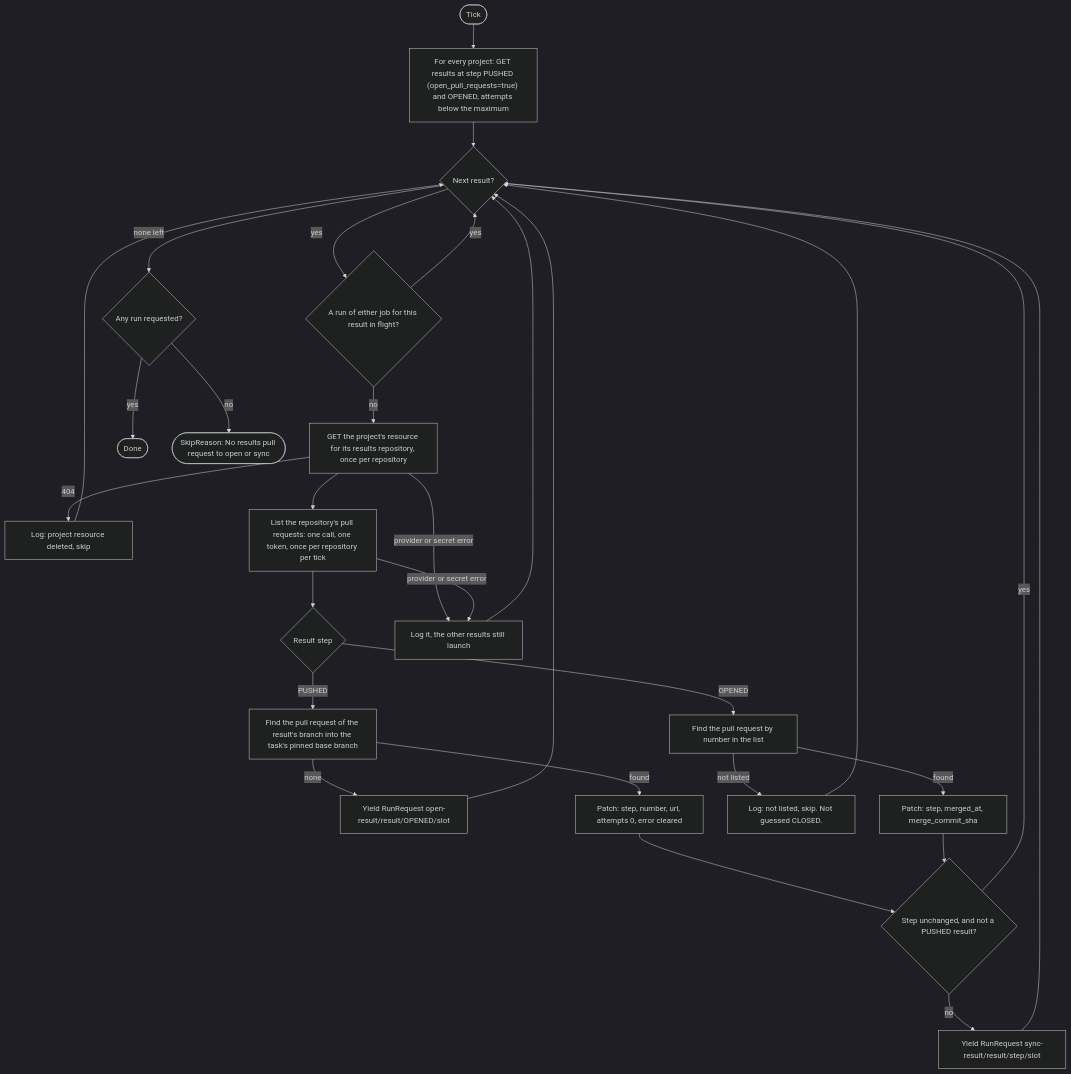
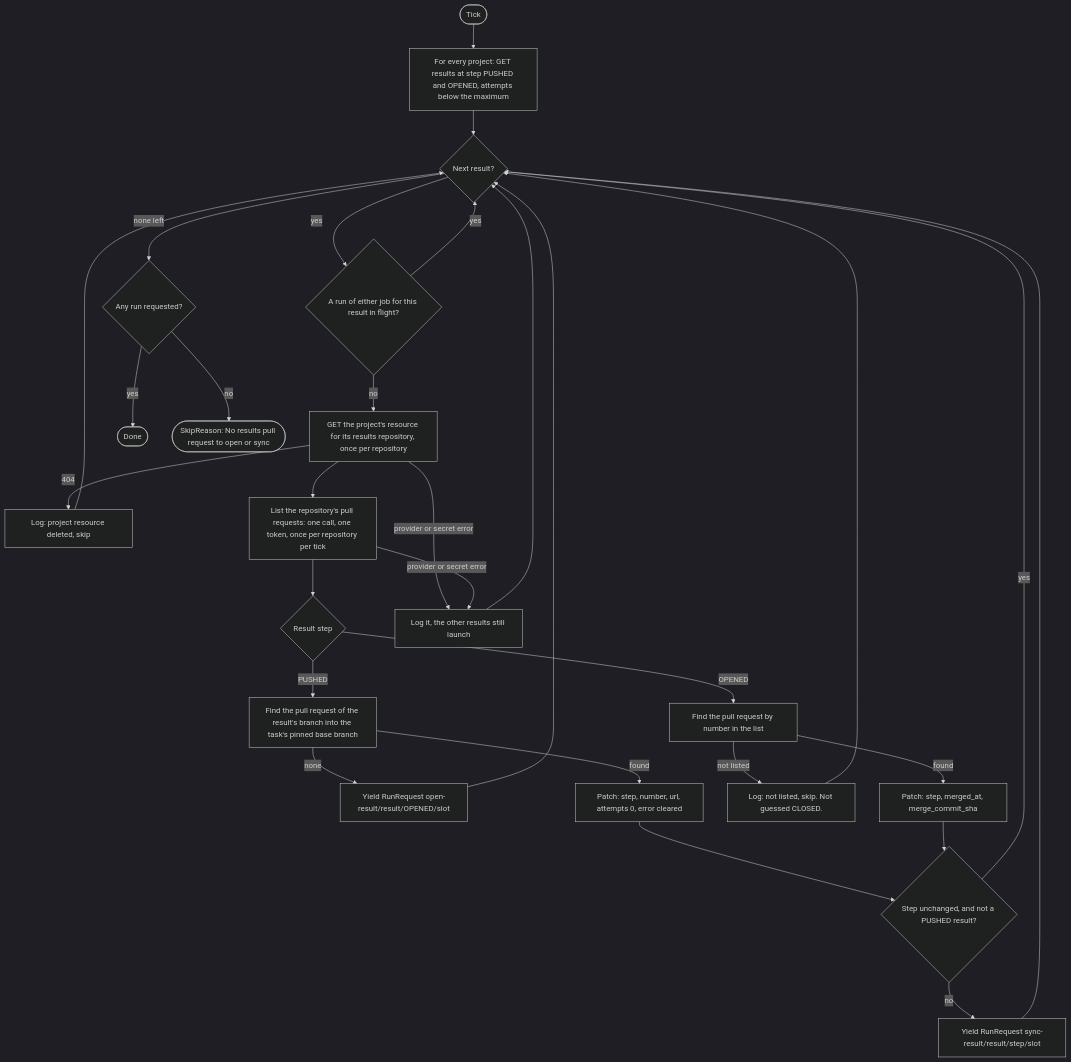
The first of 3 diagrams in docs/architecture/sensors/results-pr-sync.md (Aridhia-Open-Source/PHEMS_federated_node), drawn with Mermaid (dark theme) before and after one commit. The commit also changed other lines of this file and 33 other files, not shown here.

First line of the commit message:
Remove the per-project open_pull_requests flag: push-only is the node's, by stopping the results PR sensor

````diff
--- a/docs/architecture/sensors/results-pr-sync.md
+++ b/docs/architecture/sensors/results-pr-sync.md
@@ -37,31 +37,31 @@
 ```mermaid
 flowchart TD
-    A([Tick]) --> B["For every project: GET results at step PUSHED (open_pull_requests=true) and OPENED, attempts below the maximum"]
+    A([Tick]) --> B["For every project: GET results at step PUSHED and OPENED, attempts below the maximum"]
     B --> C{"Next result?"}
     C -->|"none left"| Z{"Any run requested?"}
     C -->|yes| E{"A run of either job for this result in flight?"}
     E -->|yes| C
     E -->|no| D["GET the project's resource for its results repository, once per repository"]
     D -->|404| X["Log: project resource deleted, skip"]
     X --> C
     D --> F["List the repository's pull requests: one call, one token, once per repository per tick"]
     F --> G{"Result step"}
     G -->|PUSHED| H["Find the pull request of the result's branch into the task's pinned base branch"]
     H -->|none| I["Yield RunRequest open-result/result/OPENED/slot"]
     H -->|found| J["Patch: step, number, url, attempts 0, error cleared"]
     G -->|OPENED| K["Find the pull request by number in the list"]
     K -->|"not listed"| L["Log: not listed, skip. Not guessed CLOSED."]
     L --> C
     K -->|found| M["Patch: step, merged_at, merge_commit_sha"]
     J --> N{"Step unchanged, and not a PUSHED result?"}
     M --> N
     N -->|yes| C
     N -->|no| O["Yield RunRequest sync-result/result/step/slot"]
     O --> C
     I --> C
     Z -->|yes| Y([Done])
     Z -->|no| W(["SkipReason: No results pull request to open or sync"])
     D -->|"provider or secret error"| Q["Log it, the other results still launch"]
     F -->|"provider or secret error"| Q
     Q --> C
 ```
````
